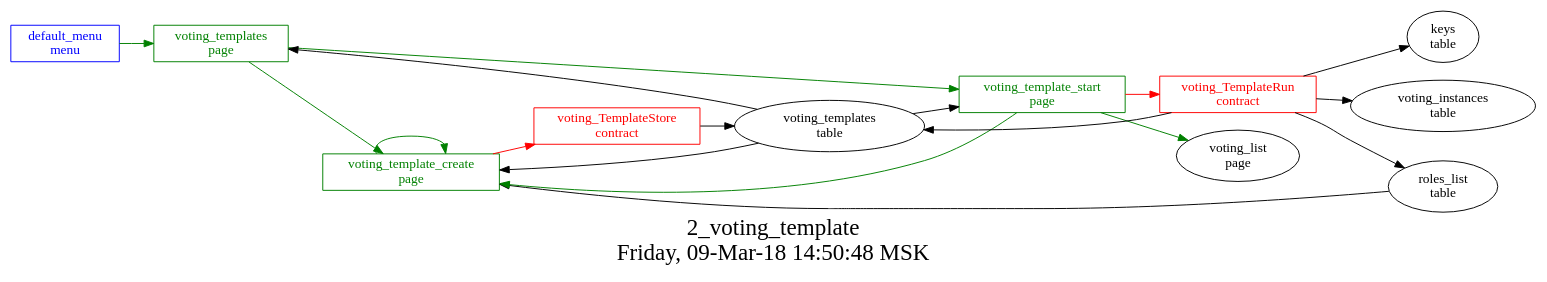
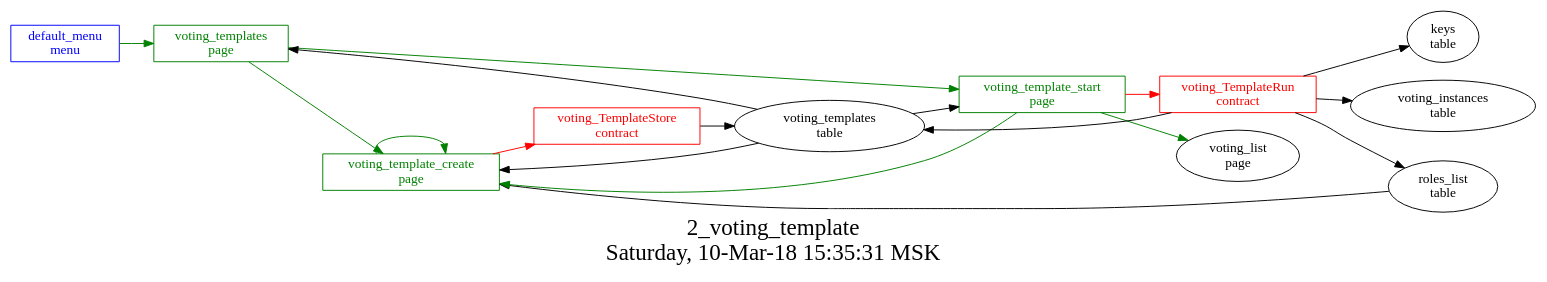
One commit to AplaProject/apps changed the diagram in src/basic/basic_main/2_voting_templates/struct.dot. Above: the diagram before and after it, drawn with Graphviz. The commit also changed 2 other files, not shown here.

```diff
--- a/src/basic/basic_main/2_voting_templates/struct.dot
+++ b/src/basic/basic_main/2_voting_templates/struct.dot
@@ -1,34 +1,34 @@
 digraph G {
 graph [
   fontsize="24";
-  label="2_voting_template\nFriday, 09-Mar-18 14:50:48 MSK";
+  label="2_voting_template\nSaturday, 10-Mar-18 15:35:31 MSK";
   nojustify=true;
   ordering=out;
   rankdir=LR;
   size="30";
 ];
 "default_menu\nmenu" -> "voting_templates\npage"  [ color=green ]
 "default_menu\nmenu" [color=blue, fontcolor=blue, group=menus, shape=record];
 "voting_template_create\npage" -> "voting_TemplateStore\ncontract"  [ color=red ]
 "voting_templates\ntable" -> "voting_template_create\npage"  [ color="" ]
 "roles_list\ntable" -> "voting_template_create\npage"  [ color="" ]
 "voting_template_create\npage" -> "voting_template_create\npage"  [ color=green ]
 "voting_template_create\npage" [color=green, fontcolor=green, group=pages, shape=record];
 "voting_template_start\npage" -> "voting_TemplateRun\ncontract"  [ color=red ]
 "voting_templates\ntable" -> "voting_template_start\npage"  [ color="" ]
 "voting_template_start\npage" -> "voting_template_create\npage"  [ color=green ]
 "voting_template_start\npage" -> "voting_list\npage"  [ color=green ]
 "voting_template_start\npage" [color=green, fontcolor=green, group=pages, shape=record];
 "voting_templates\ntable" -> "voting_templates\npage"  [ color="" ]
 "voting_templates\npage" -> "voting_template_start\npage"  [ color=green ]
 "voting_templates\npage" -> "voting_template_create\npage"  [ color=green ]
 "voting_templates\npage" [color=green, fontcolor=green, group=pages, shape=record];
 "voting_TemplateRun\ncontract" -> "voting_templates\ntable"  [ color="" ]
 "voting_TemplateRun\ncontract" -> "keys\ntable"  [ color="" ]
 "voting_TemplateRun\ncontract" -> "voting_instances\ntable"  [ color="" ]
 "voting_TemplateRun\ncontract" -> "roles_list\ntable"  [ color="" ]
 "voting_TemplateRun\ncontract" [color=red, fontcolor=red, group=contracts, shape=record];
 "voting_TemplateStore\ncontract" -> "voting_templates\ntable"  [ color="" ]
 "voting_TemplateStore\ncontract" [color=red, fontcolor=red, group=contracts, shape=record];
 "voting_templates\ntable" [color="", fontcolor="", group=tables, shape=""];
 }
```
